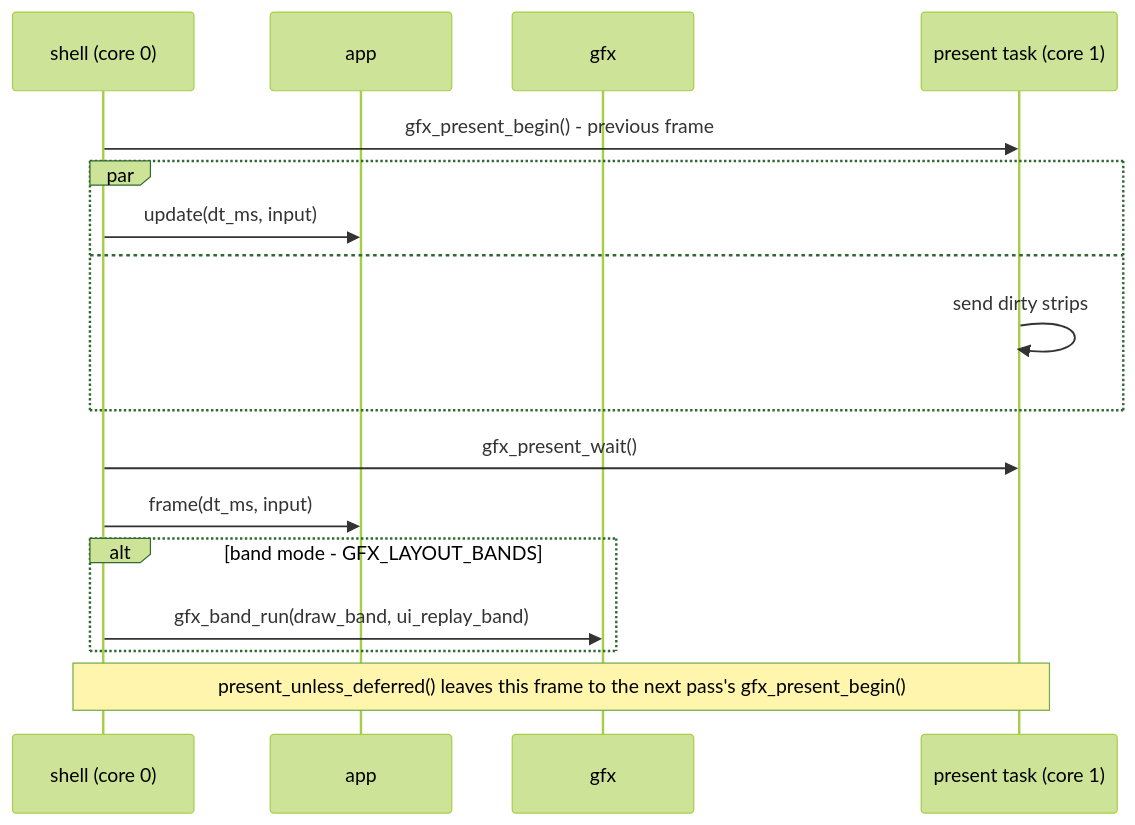
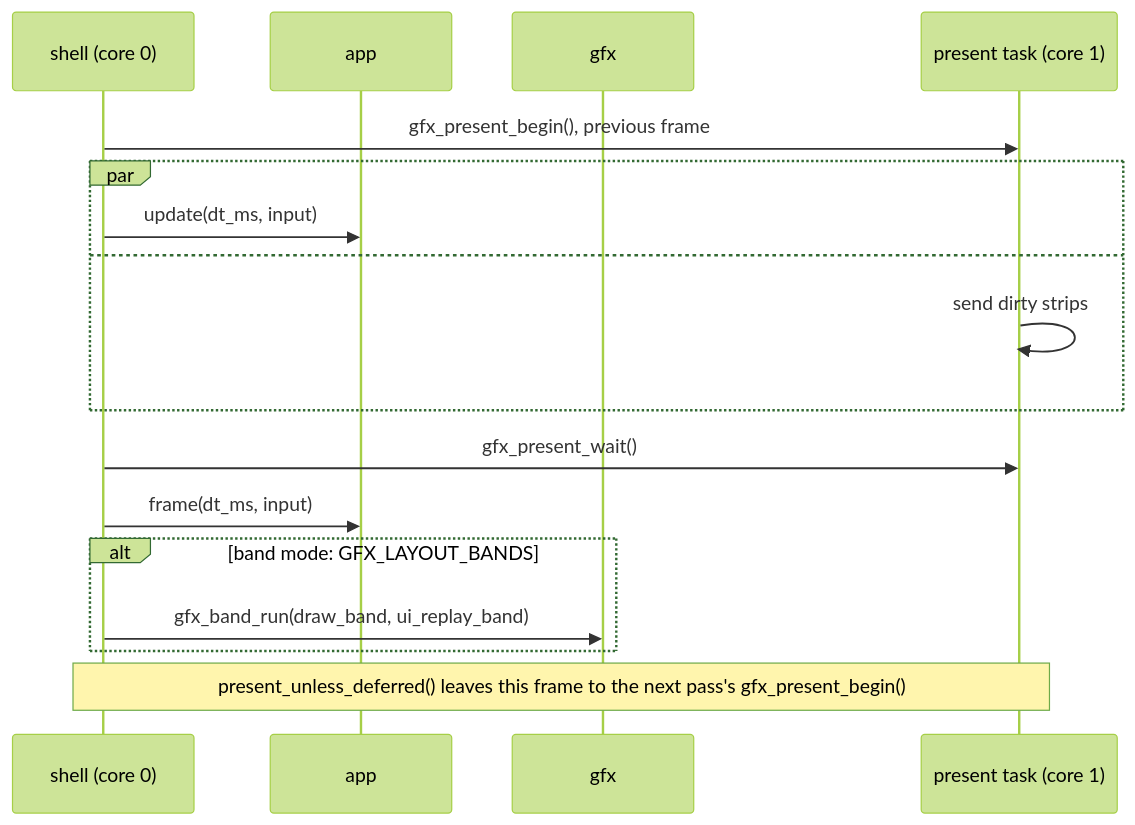
The third of 3 diagrams in docs/Building-an-App.md (jose-villegas/autana), drawn with Mermaid (forest theme) before and after one commit. The commit also changed other lines of this file and 6 other files, not shown here.

````diff
--- a/docs/Building-an-App.md
+++ b/docs/Building-an-App.md
@@ -163,19 +163,19 @@
 ```mermaid
 sequenceDiagram
     participant S as shell (core 0)
     participant A as app
     participant G as gfx
     participant P as present task (core 1)
-    S->>P: gfx_present_begin() - previous frame
+    S->>P: gfx_present_begin(), previous frame
     par
         S->>A: update(dt_ms, input)
     and
         P->>P: send dirty strips
     end
     S->>P: gfx_present_wait()
     S->>A: frame(dt_ms, input)
-    alt band mode - GFX_LAYOUT_BANDS
+    alt band mode: GFX_LAYOUT_BANDS
         S->>G: gfx_band_run(draw_band, ui_replay_band)
     end
     Note over S,P: present_unless_deferred() leaves this frame to the next pass's gfx_present_begin()
 ```
````
